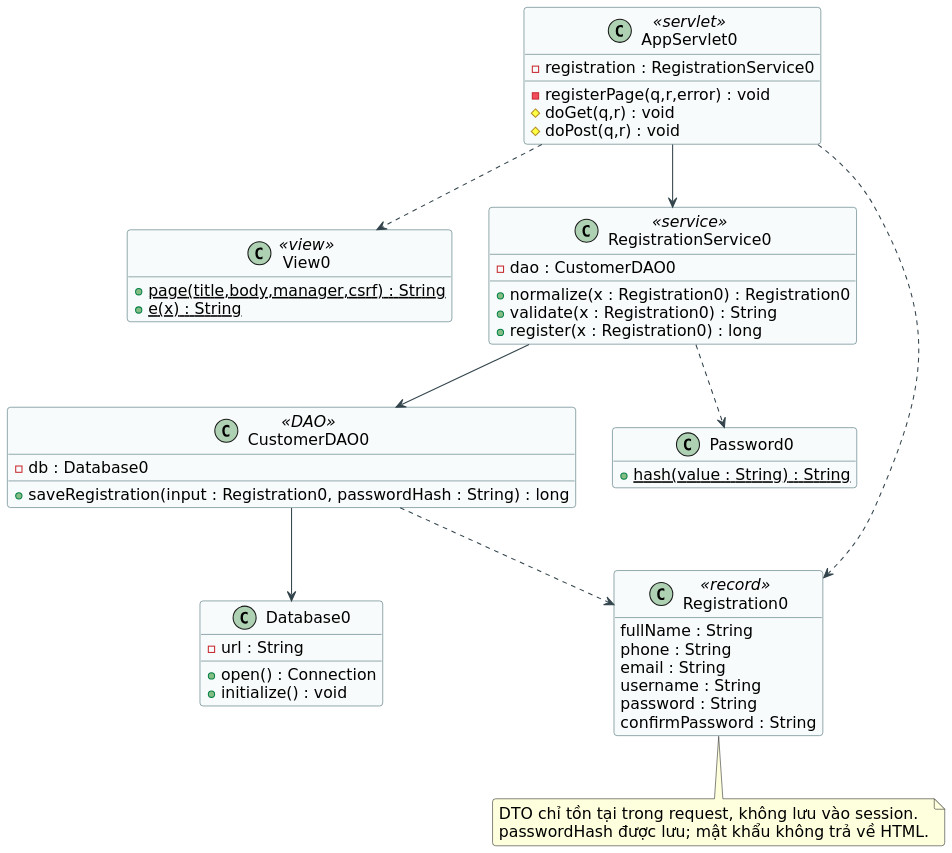
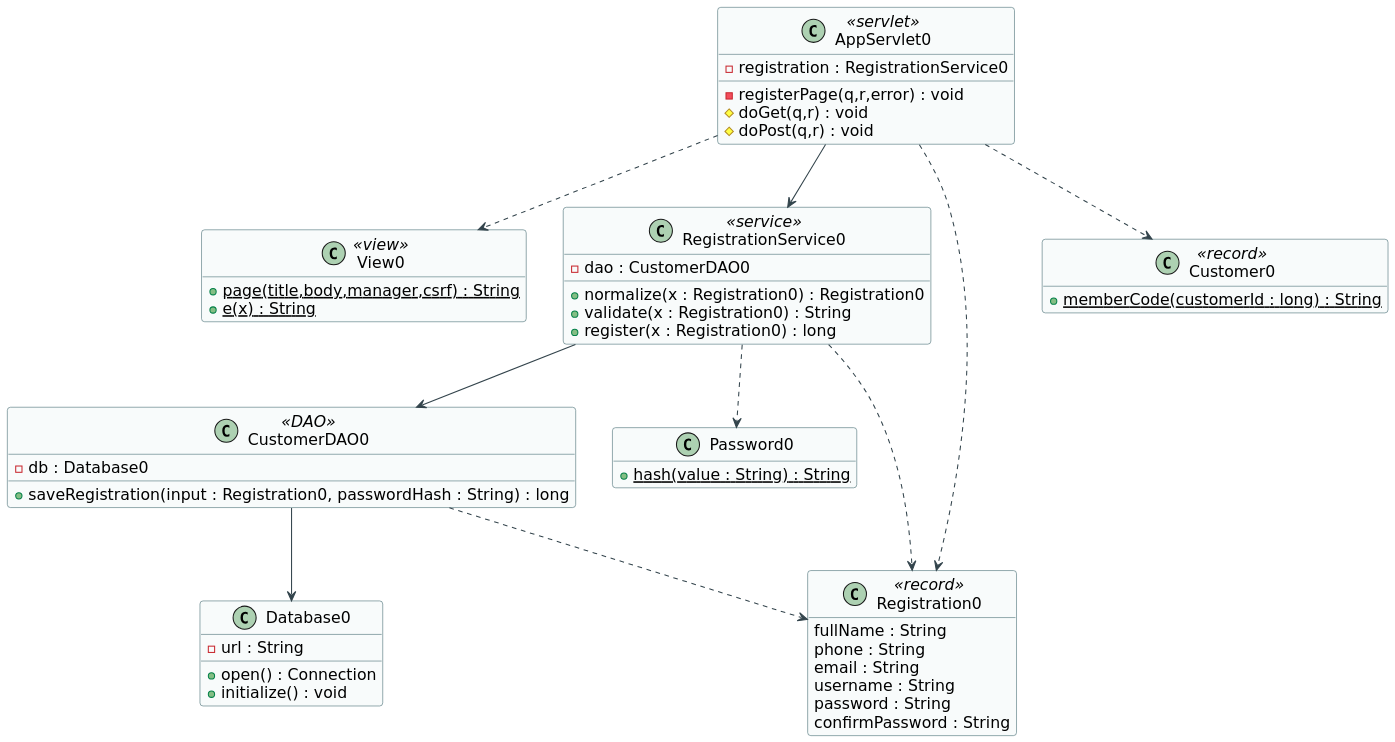
The diagram in uml/thiet-ke/07-registration-design.puml (tinhatinh/PTTK), drawn with PlantUML before and after one commit. The commit also changed 97 other files, not shown here.

Commit message:
Finalize CineMan analysis design diagrams and report

```diff
--- a/uml/thiet-ke/07-registration-design.puml
+++ b/uml/thiet-ke/07-registration-design.puml
@@ -1,62 +1,63 @@
 @startuml 07-registration-design
 skinparam defaultFontName DejaVu Sans
 skinparam defaultFontSize 15
 skinparam shadowing false
 skinparam backgroundColor white
 skinparam ArrowColor #33444C
 skinparam classBackgroundColor #F8FBFB
 skinparam classBorderColor #335D64
 skinparam packageBorderColor #60757D
 skinparam roundcorner 6
 skinparam dpi 150
 skinparam maxMessageSize 180
 hide empty members
 top to bottom direction
 class AppServlet0 <<servlet>> {
  -registration : RegistrationService0
  -registerPage(q,r,error) : void
  #doGet(q,r) : void
  #doPost(q,r) : void
 }
 class View0 <<view>> {
  +{static} page(title,body,manager,csrf) : String
 +{static} e(x) : String
 }
 class RegistrationService0 <<service>> {
  -dao : CustomerDAO0
  +normalize(x : Registration0) : Registration0
  +validate(x : Registration0) : String
  +register(x : Registration0) : long
 }
 class CustomerDAO0 <<DAO>> {
  -db : Database0
  +saveRegistration(input : Registration0, passwordHash : String) : long
 }
 class Database0 {
  -url : String
 +open() : Connection
 +initialize() : void
 }
 class Password0 {
  +{static} hash(value : String) : String
 }
 class Registration0 <<record>> {
  fullName : String
 phone : String
 email : String
 username : String
 password : String
 confirmPassword : String
 }
+class Customer0 <<record>> {
++{static} memberCode(customerId : long) : String
+}
+AppServlet0 ..> Customer0
 AppServlet0 --> RegistrationService0
 AppServlet0 ..> View0
 AppServlet0 ..> Registration0
 RegistrationService0 --> CustomerDAO0
+RegistrationService0 ..> Registration0
 RegistrationService0 ..> Password0
 CustomerDAO0 --> Database0
 CustomerDAO0 ..> Registration0
-note bottom of Registration0
-DTO chỉ tồn tại trong request, không lưu vào session.
-passwordHash được lưu; mật khẩu không trả về HTML.
-end note
 @enduml
```
